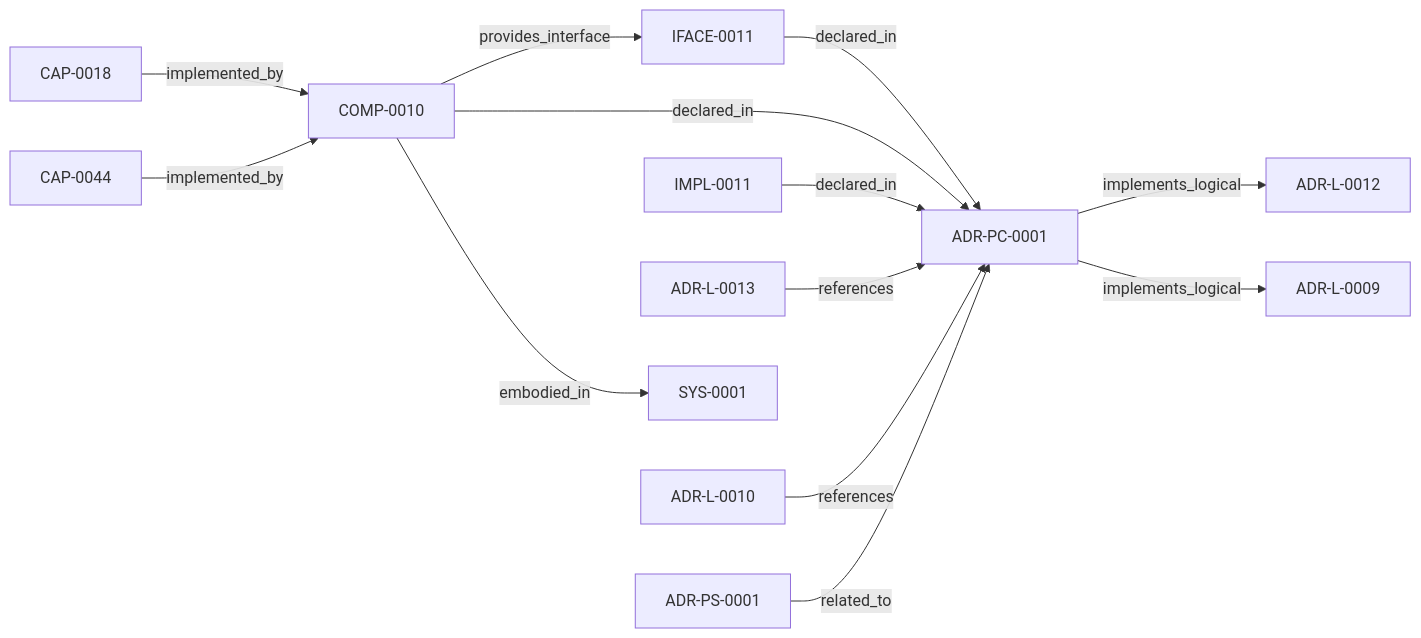
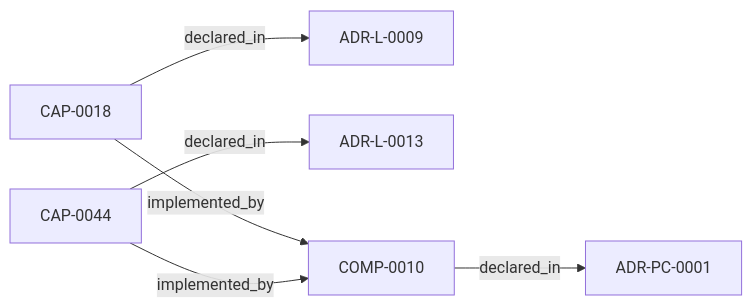
One commit to egallmann/adr-architecture-kit changed the first of 3 diagrams in adrs/adr-projection/physical-component/ADR-PC-0001-entity-registry-and-discovery-index.md. Above: the diagram before and after it, drawn with Mermaid. The commit also changed other lines of this file and 177 other files, not shown here.

````diff
--- a/adrs/adr-projection/physical-component/ADR-PC-0001-entity-registry-and-discovery-index.md
+++ b/adrs/adr-projection/physical-component/ADR-PC-0001-entity-registry-and-discovery-index.md
@@ -66,27 +30,14 @@
 ```mermaid
 flowchart LR
   n_019fee89_e616_7121_a63e_0baad0a61fb3["CAP-0018"]
-  n_019fee89_e616_744f_b63e_5ecddf344faa["ADR-L-0012"]
   n_019fee89_e616_770c_a025_2c241a720730["ADR-L-0009"]
   n_019fee89_e616_7c4e_953c_b7349412a784["ADR-L-0013"]
   n_019fee89_e616_7d30_ae2e_6fee1dbb2712["CAP-0044"]
-  n_019fee89_e616_7d61_8e35_f11ba2ddd75d["ADR-L-0010"]
-  n_019fee89_e617_70e7_bb17_27b693ad01a8["IFACE-0011"]
   n_019fee89_e617_7270_ab2f_58a756d2530e["ADR-PC-0001"]
   n_019fee89_e617_76d8_a333_e21361cd6602["COMP-0010"]
-  n_019fee89_e617_7ee7_9f1f_0a720dc4f1b0["IMPL-0011"]
-  n_019fee89_e618_79df_a73f_edc9dead8526["SYS-0001"]
-  n_019fee89_e618_7b3e_813b_a449881b6adb["ADR-PS-0001"]
-  n_019fee89_e617_70e7_bb17_27b693ad01a8 -->|"declared_in"| n_019fee89_e617_7270_ab2f_58a756d2530e
+  n_019fee89_e616_7121_a63e_0baad0a61fb3 -->|"declared_in"| n_019fee89_e616_770c_a025_2c241a720730
+  n_019fee89_e616_7d30_ae2e_6fee1dbb2712 -->|"declared_in"| n_019fee89_e616_7c4e_953c_b7349412a784
   n_019fee89_e617_76d8_a333_e21361cd6602 -->|"declared_in"| n_019fee89_e617_7270_ab2f_58a756d2530e
-  n_019fee89_e617_7ee7_9f1f_0a720dc4f1b0 -->|"declared_in"| n_019fee89_e617_7270_ab2f_58a756d2530e
-  n_019fee89_e617_76d8_a333_e21361cd6602 -->|"embodied_in"| n_019fee89_e618_79df_a73f_edc9dead8526
   n_019fee89_e616_7121_a63e_0baad0a61fb3 -->|"implemented_by"| n_019fee89_e617_76d8_a333_e21361cd6602
   n_019fee89_e616_7d30_ae2e_6fee1dbb2712 -->|"implemented_by"| n_019fee89_e617_76d8_a333_e21361cd6602
-  n_019fee89_e617_7270_ab2f_58a756d2530e -->|"implements_logical"| n_019fee89_e616_744f_b63e_5ecddf344faa
-  n_019fee89_e617_7270_ab2f_58a756d2530e -->|"implements_logical"| n_019fee89_e616_770c_a025_2c241a720730
-  n_019fee89_e617_76d8_a333_e21361cd6602 -->|"provides_interface"| n_019fee89_e617_70e7_bb17_27b693ad01a8
-  n_019fee89_e616_7c4e_953c_b7349412a784 -->|"references"| n_019fee89_e617_7270_ab2f_58a756d2530e
-  n_019fee89_e616_7d61_8e35_f11ba2ddd75d -->|"references"| n_019fee89_e617_7270_ab2f_58a756d2530e
-  n_019fee89_e618_7b3e_813b_a449881b6adb -->|"related_to"| n_019fee89_e617_7270_ab2f_58a756d2530e
 ```
````
